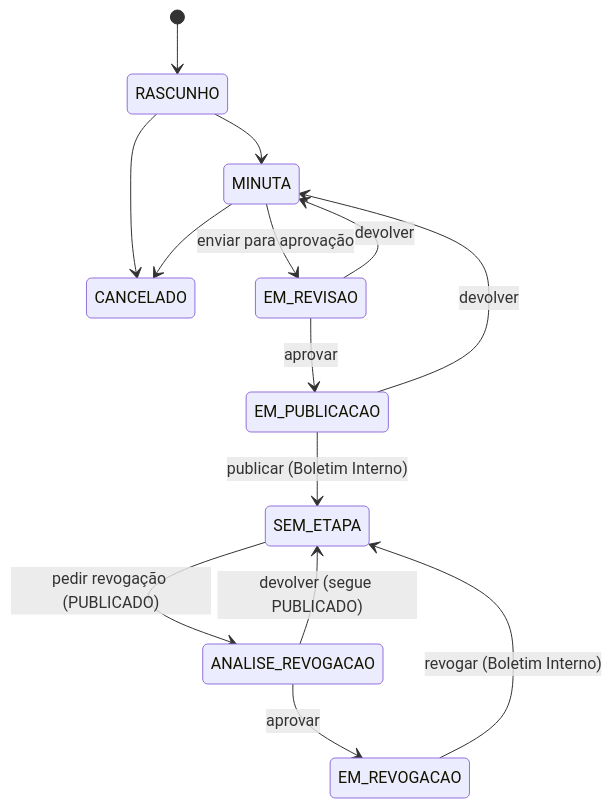
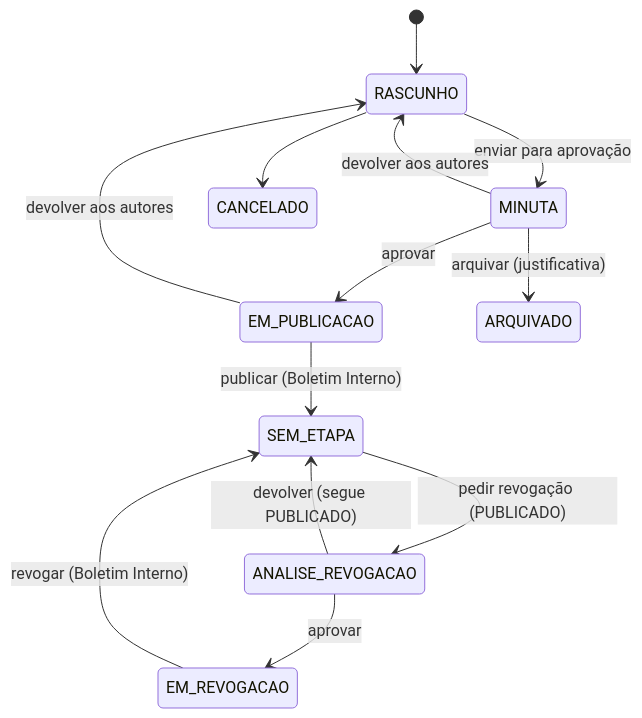
One commit to danielchipolesch/fab-legis changed the second of 2 diagrams in docs/ciclo-de-vida.md. Above: the diagram before and after it, drawn with Mermaid. The commit also changed other lines of this file and 69 other files, not shown here.

First line of the commit message:
feat(ciclo): Rascunho só vira Minuta ao enviar para aprovação; Minuta é a aprovação (some o Em revisão) e nasce o Arquivado

````diff
--- a/docs/ciclo-de-vida.md
+++ b/docs/ciclo-de-vida.md
@@ -94,16 +103,15 @@
 ```mermaid
 stateDiagram-v2
     [*] --> RASCUNHO
-    RASCUNHO --> MINUTA
+    RASCUNHO --> MINUTA: enviar para aprovação
     RASCUNHO --> CANCELADO
-    MINUTA --> EM_REVISAO: enviar para aprovação
-    MINUTA --> CANCELADO
-    EM_REVISAO --> EM_PUBLICACAO: aprovar
-    EM_REVISAO --> MINUTA: devolver
+    MINUTA --> EM_PUBLICACAO: aprovar
+    MINUTA --> RASCUNHO: devolver aos autores
+    MINUTA --> ARQUIVADO: arquivar (justificativa)
     EM_PUBLICACAO --> SEM_ETAPA: publicar (Boletim Interno)
-    EM_PUBLICACAO --> MINUTA: devolver
+    EM_PUBLICACAO --> RASCUNHO: devolver aos autores
     SEM_ETAPA --> ANALISE_REVOGACAO: pedir revogação (PUBLICADO)
     ANALISE_REVOGACAO --> EM_REVOGACAO: aprovar
     ANALISE_REVOGACAO --> SEM_ETAPA: devolver (segue PUBLICADO)
     EM_REVOGACAO --> SEM_ETAPA: revogar (Boletim Interno)
 ```
````
